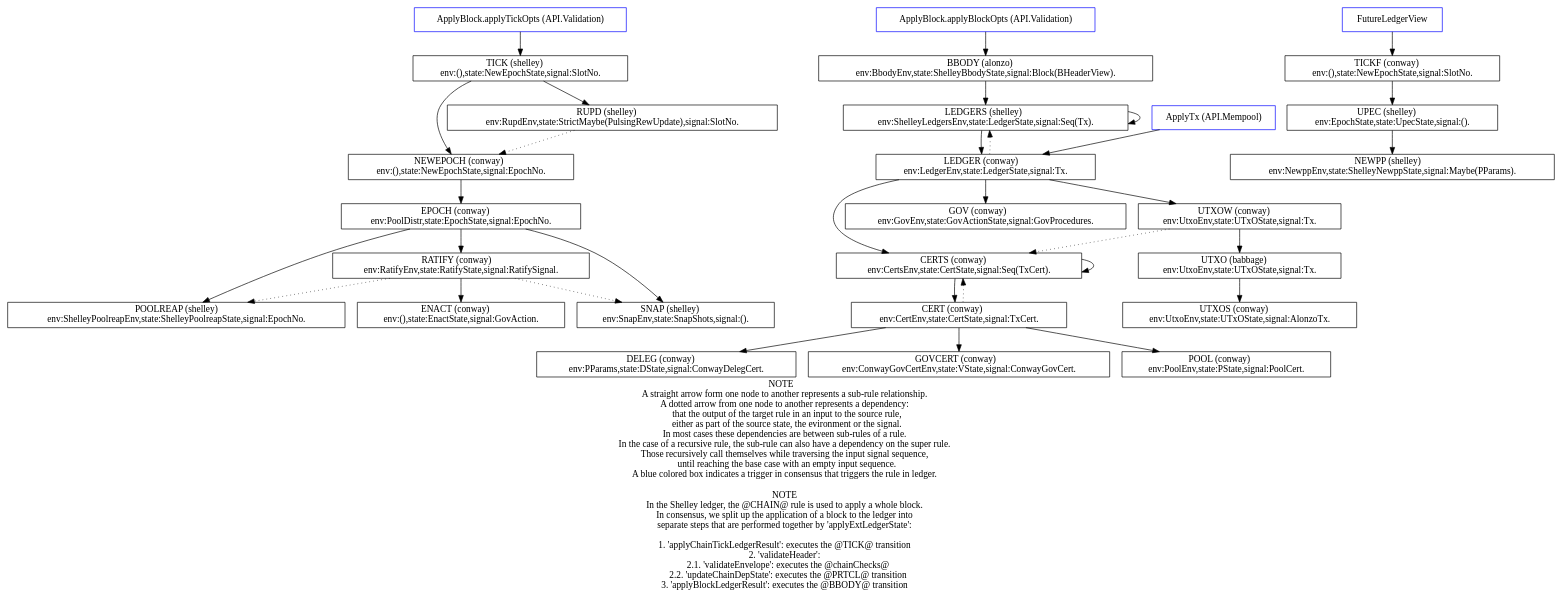
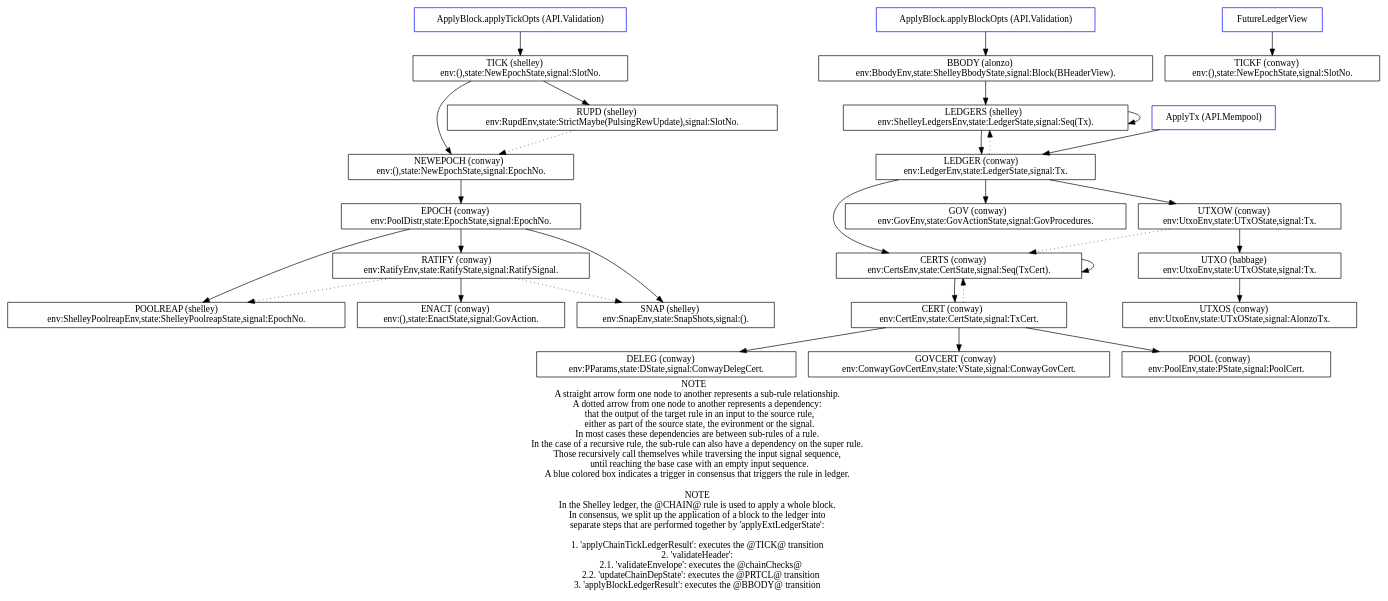
One commit to IntersectMBO/cardano-ledger changed the diagram in docs/graphviz-diagrams/conway_transitions.gv. Above: the diagram before and after it, drawn with Graphviz. The commit also changed 1 other file, not shown here.

```diff
--- a/docs/graphviz-diagrams/conway_transitions.gv
+++ b/docs/graphviz-diagrams/conway_transitions.gv
@@ -1,105 +1,99 @@
 digraph conway_transitions {
     label="NOTE 
     A straight arrow form one node to another represents a sub-rule relationship.
     A dotted arrow from one node to another represents a dependency:
       that the output of the target rule in an input to the source rule,
       either as part of the source state, the evironment or the signal.
     In most cases these dependencies are between sub-rules of a rule.
     In the case of a recursive rule, the sub-rule can also have a dependency on the super rule.
     Those recursively call themselves while traversing the input signal sequence,
       until reaching the base case with an empty input sequence.
     A blue colored box indicates a trigger in consensus that triggers the rule in ledger.
 
     NOTE
     In the Shelley ledger, the @CHAIN@ rule is used to apply a whole block.
     In consensus, we split up the application of a block to the ledger into 
     separate steps that are performed together by 'applyExtLedgerState':
     
     1. 'applyChainTickLedgerResult': executes the @TICK@ transition
     2. 'validateHeader':
        2.1. 'validateEnvelope': executes the @chainChecks@
        2.2. 'updateChainDepState': executes the @PRTCL@ transition
     3. 'applyBlockLedgerResult': executes the @BBODY@ transition";
 
     # Externals
     
     applyTickOpts  [shape=box, label="ApplyBlock.applyTickOpts (API.Validation)" , color=blue];
     applyBlockOpts [shape=box, label="ApplyBlock.applyBlockOpts (API.Validation)", color=blue];
     applyTx        [shape=box, label="ApplyTx (API.Mempool)"                     , color=blue];
     futureLedger   [shape=box, label="FutureLedgerView"                          , color=blue];
 
     # Internals
 
     BBODY    [shape=box, label="BBODY (alonzo)     \nenv:BbodyEnv,state:ShelleyBbodyState,signal:Block(BHeaderView)."];
     UTXO     [shape=box, label="UTXO (babbage)     \nenv:UtxoEnv,state:UTxOState,signal:Tx."];
     CERT     [shape=box, label="CERT (conway)      \nenv:CertEnv,state:CertState,signal:TxCert."];
     CERTS    [shape=box, label="CERTS (conway)     \nenv:CertsEnv,state:CertState,signal:Seq(TxCert)."];
     DELEG    [shape=box, label="DELEG (conway)     \nenv:PParams,state:DState,signal:ConwayDelegCert."];
     ENACT    [shape=box, label="ENACT (conway)     \nenv:(),state:EnactState,signal:GovAction."];
     EPOCH    [shape=box, label="EPOCH (conway)     \nenv:PoolDistr,state:EpochState,signal:EpochNo."];
     GOV      [shape=box, label="GOV (conway)       \nenv:GovEnv,state:GovActionState,signal:GovProcedures."];
     GOVCERT  [shape=box, label="GOVCERT (conway)   \nenv:ConwayGovCertEnv,state:VState,signal:ConwayGovCert."];
     LEDGER   [shape=box, label="LEDGER (conway)    \nenv:LedgerEnv,state:LedgerState,signal:Tx."];
     NEWEPOCH [shape=box, label="NEWEPOCH (conway)  \nenv:(),state:NewEpochState,signal:EpochNo."];
     POOL     [shape=box, label="POOL (conway)      \nenv:PoolEnv,state:PState,signal:PoolCert."];
     RATIFY   [shape=box, label="RATIFY (conway)    \nenv:RatifyEnv,state:RatifyState,signal:RatifySignal."];
     TICKF    [shape=box, label="TICKF (conway)     \nenv:(),state:NewEpochState,signal:SlotNo."];
     UTXOS    [shape=box, label="UTXOS (conway)     \nenv:UtxoEnv,state:UTxOState,signal:AlonzoTx."];
     UTXOW    [shape=box, label="UTXOW (conway)     \nenv:UtxoEnv,state:UTxOState,signal:Tx."];
     LEDGERS  [shape=box, label="LEDGERS (shelley)  \nenv:ShelleyLedgersEnv,state:LedgerState,signal:Seq(Tx)."];
     POOLREAP [shape=box, label="POOLREAP (shelley) \nenv:ShelleyPoolreapEnv,state:ShelleyPoolreapState,signal:EpochNo."];
     RUPD     [shape=box, label="RUPD (shelley)     \nenv:RupdEnv,state:StrictMaybe(PulsingRewUpdate),signal:SlotNo."];
     SNAP     [shape=box, label="SNAP (shelley)     \nenv:SnapEnv,state:SnapShots,signal:()."];
     TICK     [shape=box, label="TICK (shelley)     \nenv:(),state:NewEpochState,signal:SlotNo."];
-    UPEC     [shape=box, label="UPEC (shelley)     \nenv:EpochState,state:UpecState,signal:()."];
-    NEWPP    [shape=box, label="NEWPP (shelley)    \nenv:NewppEnv,state:ShelleyNewppState,signal:Maybe(PParams)."];
 
     # Graph
 
     applyTickOpts -> TICK;
     applyBlockOpts -> BBODY;
     applyTx -> LEDGER;
     futureLedger -> TICKF;
-
-    TICKF -> UPEC;
-
-    UPEC -> NEWPP;
 
     BBODY -> LEDGERS;
 
     TICK -> RUPD;
     TICK -> NEWEPOCH;
 
     RUPD -> NEWEPOCH[style=dotted];
 
     NEWEPOCH -> EPOCH;
 
     EPOCH -> SNAP;
     EPOCH -> RATIFY;
     EPOCH -> POOLREAP;
 
     RATIFY -> SNAP[style=dotted];
     RATIFY -> POOLREAP[style=dotted];
     RATIFY -> ENACT;
 
     LEDGERS -> LEDGERS;
     LEDGERS -> LEDGER;
 
     LEDGER -> LEDGERS[style=dotted];
     LEDGER -> UTXOW;
     LEDGER -> CERTS;
     LEDGER -> GOV;
 
     UTXOW -> UTXO;
     UTXOW -> CERTS[style=dotted];
 
     UTXO -> UTXOS;
 
     CERTS -> CERTS;
     CERTS -> CERT;
 
     CERT -> CERTS[style=dotted];
     CERT -> DELEG;
     CERT -> POOL;
     CERT -> GOVCERT;
 }
```
